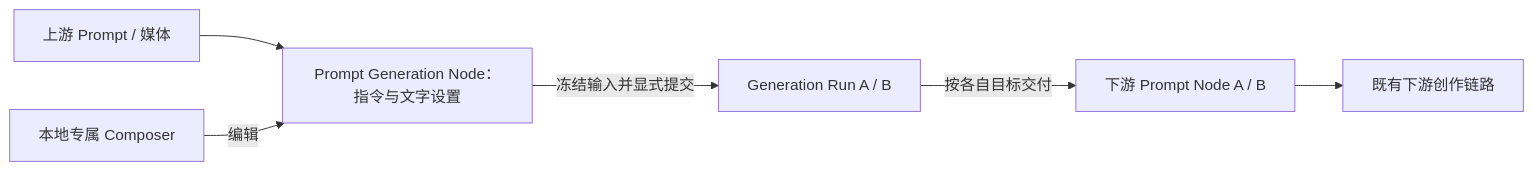
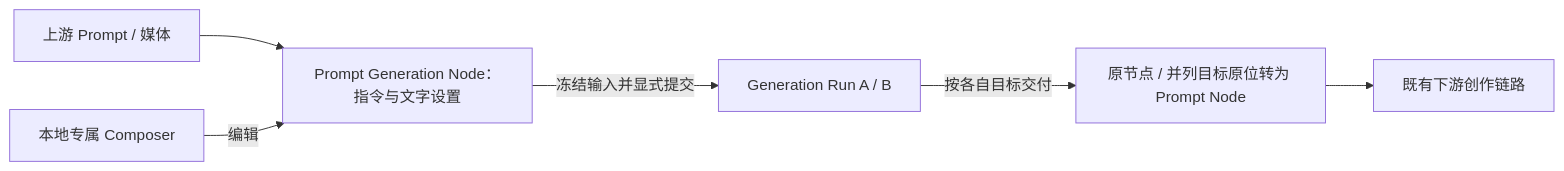
The diagram in docs/active/2026-09-06-smart-canvas-prompt-generation-composer-spec.md (lazyq666/reroll-ai-canvas), drawn with Mermaid before and after one commit. The commit also changed other lines of this file and 111 other files, not shown here.

````diff
--- a/docs/active/2026-09-06-smart-canvas-prompt-generation-composer-spec.md
+++ b/docs/active/2026-09-06-smart-canvas-prompt-generation-composer-spec.md
@@ -207,8 +207,8 @@
 ```mermaid
 flowchart LR
     U["上游 Prompt / 媒体"] --> N["Prompt Generation Node：指令与文字设置"]
     C["本地专属 Composer"] -->|编辑| N
     N -->|冻结输入并显式提交| R["Generation Run A / B"]
-    R -->|按各自目标交付| O["下游 Prompt Node A / B"]
+    R -->|按各自目标交付| O["原节点 / 并列目标原位转为 Prompt Node"]
     O --> D["既有下游创作链路"]
 ```
````
